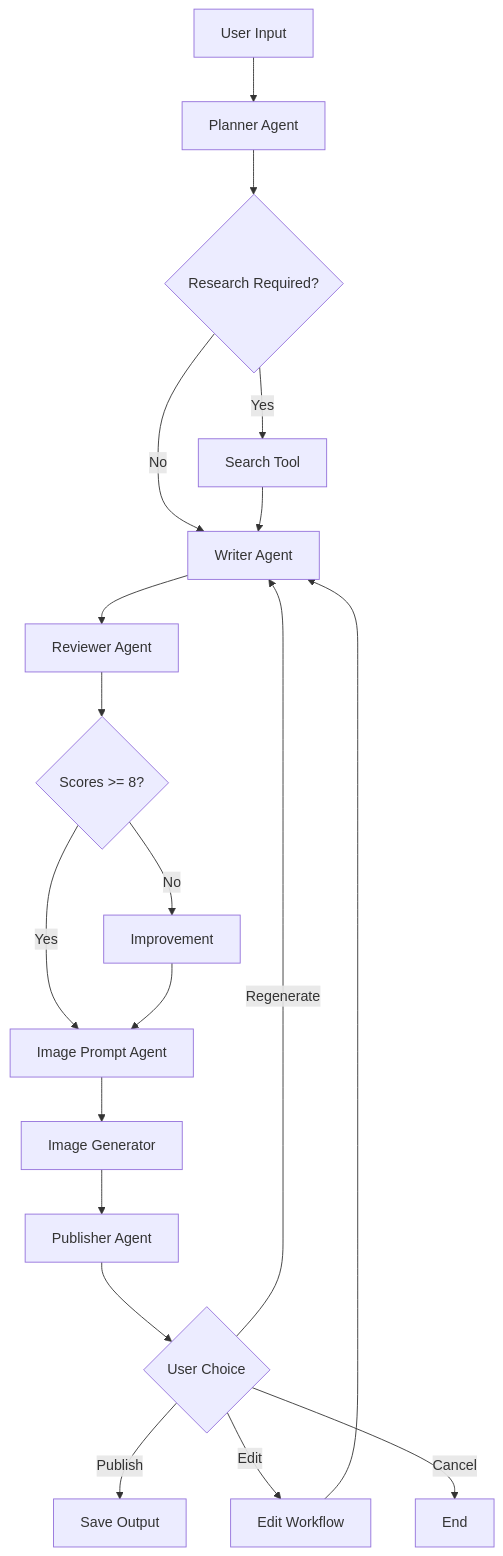
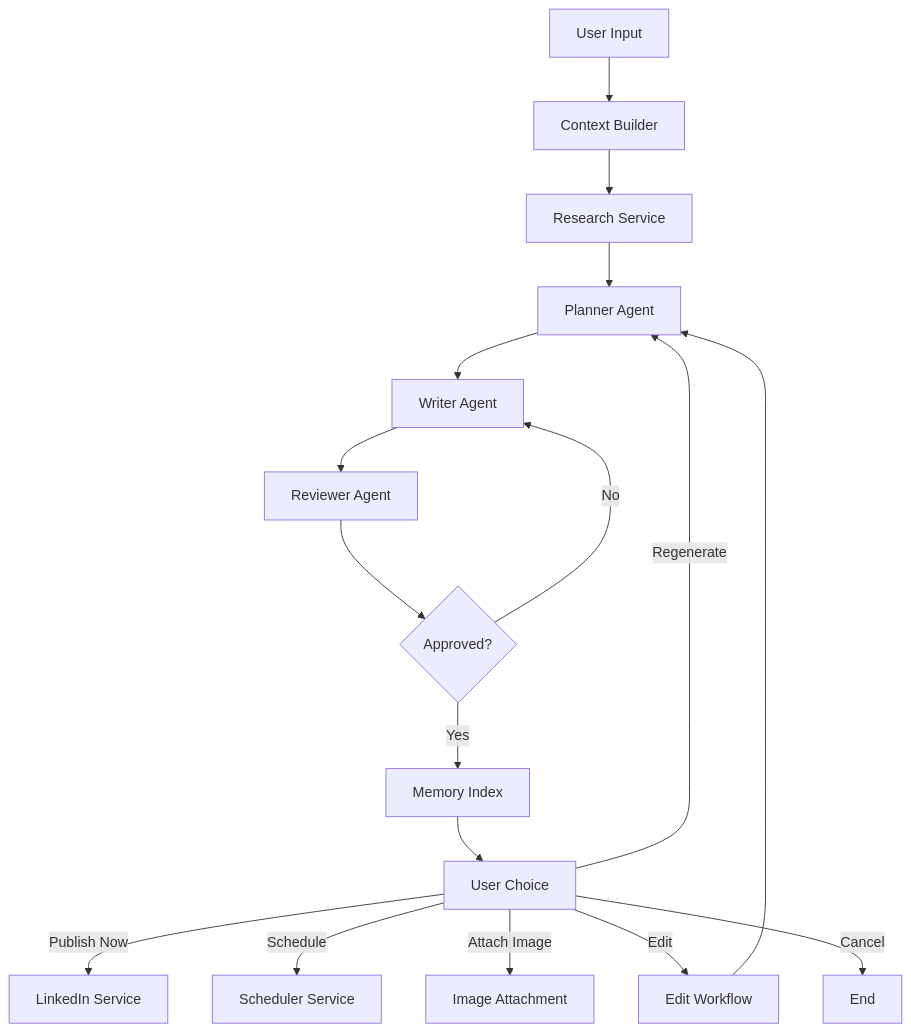
Before and after one commit to think11723/LINKEDIN-AGENT: the diagram in README.md, drawn with Mermaid. The commit also changed other lines of this file and 38 other files, not shown here.

````diff
--- a/README.md
+++ b/README.md
@@ -90,21 +115,19 @@
 ```mermaid
 graph TD
-    A[User Input] --> B[Planner Agent]
-    B --> C{Research Required?}
-    C -->|Yes| D[Search Tool]
-    C -->|No| E[Writer Agent]
-    D --> E
+    A[User Input] --> B[Context Builder]
+    B --> C[Research Service]
+    C --> D[Planner Agent]
+    D --> E[Writer Agent]
     E --> F[Reviewer Agent]
-    F --> G{Scores >= 8?}
-    G -->|Yes| H[Image Prompt Agent]
-    G -->|No| I[Improvement]
-    I --> H
-    H --> J[Image Generator]
-    J --> K[Publisher Agent]
-    K --> L{User Choice}
-    L -->|Publish| M[Save Output]
-    L -->|Regenerate| E
-    L -->|Edit| N[Edit Workflow]
-    N --> E
-    L -->|Cancel| O[End]
+    F --> G{Approved?}
+    G -->|Yes| H[Memory Index]
+    G -->|No| E
+    H --> I[User Choice]
+    I -->|Publish Now| J[LinkedIn Service]
+    I -->|Schedule| K[Scheduler Service]
+    I -->|Attach Image| L[Image Attachment]
+    I -->|Regenerate| D
+    I -->|Edit| M[Edit Workflow]
+    M --> D
+    I -->|Cancel| N[End]
 ```
````
